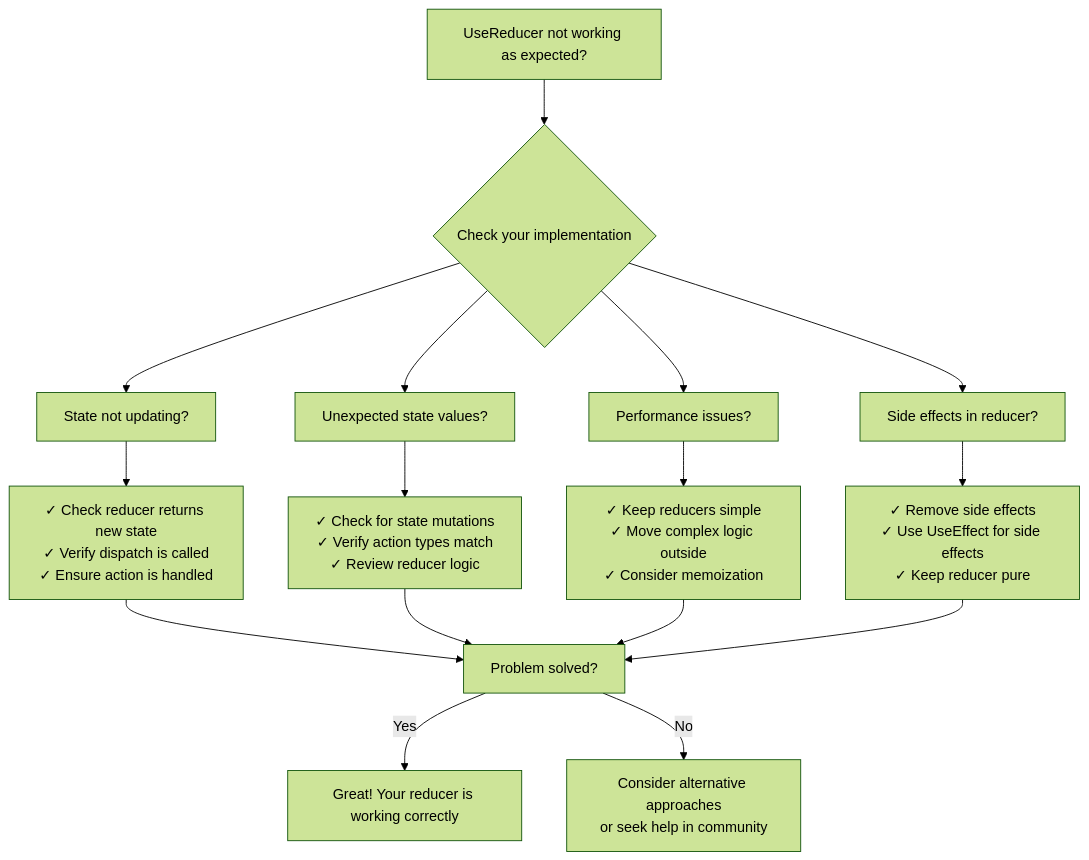
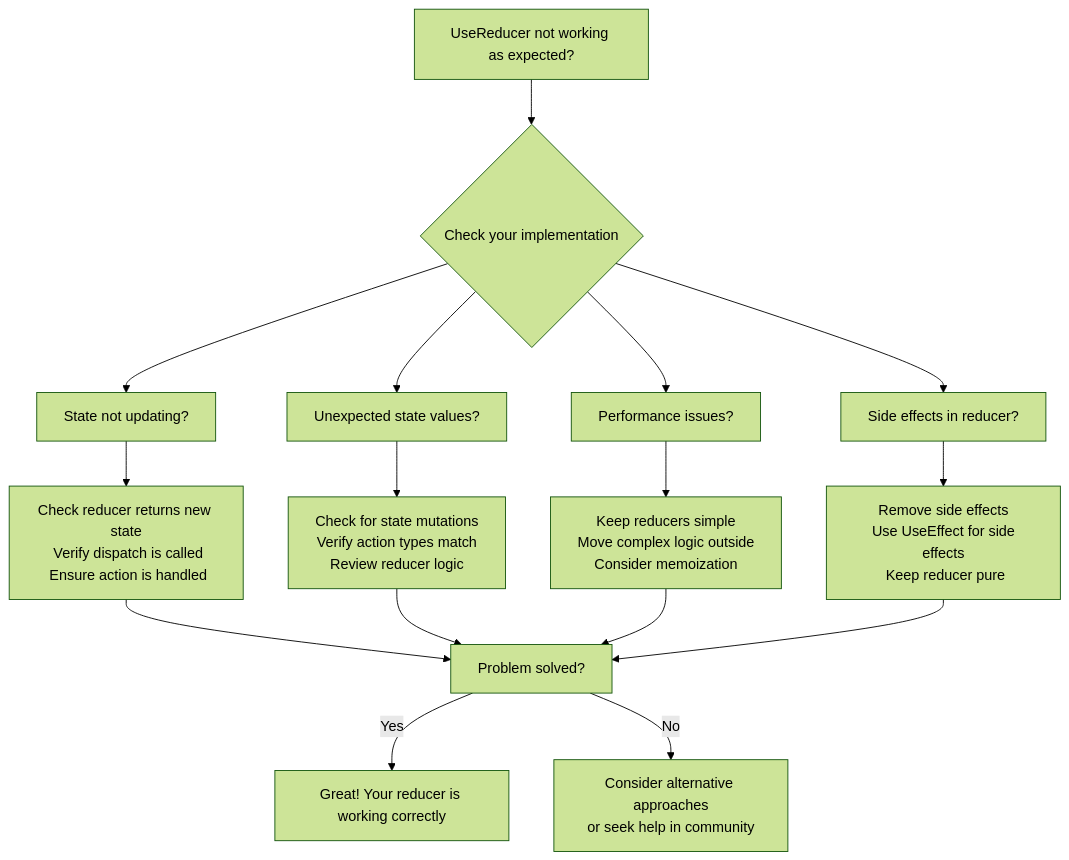
The third of 3 diagrams in Ivy.Docs.Shared/Docs/04_Hooks/07_Reducer.md (Ivy-Interactive/Ivy-Framework), drawn with Mermaid (forest theme) before and after one commit. The commit also changed 3 other files, not shown here.

````diff
--- a/Ivy.Docs.Shared/Docs/04_Hooks/07_Reducer.md
+++ b/Ivy.Docs.Shared/Docs/04_Hooks/07_Reducer.md
@@ -370,22 +370,22 @@
 ```mermaid
 flowchart TD
     A["UseReducer not working as expected?"] --> B{Check your implementation}
     
     B --> C["State not updating?"]
     B --> D["Unexpected state values?"]
     B --> E["Performance issues?"]
     B --> F["Side effects in reducer?"]
     
-    C --> C1["✓ Check reducer returns new state<br/>✓ Verify dispatch is called<br/>✓ Ensure action is handled"]
-    D --> D1["✓ Check for state mutations<br/>✓ Verify action types match<br/>✓ Review reducer logic"]
-    E --> E1["✓ Keep reducers simple<br/>✓ Move complex logic outside<br/>✓ Consider memoization"]
-    F --> F1["✓ Remove side effects<br/>✓ Use UseEffect for side effects<br/>✓ Keep reducer pure"]
+    C --> C1["Check reducer returns new state<br/> Verify dispatch is called<br/> Ensure action is handled"]
+    D --> D1["Check for state mutations<br/> Verify action types match<br/> Review reducer logic"]
+    E --> E1["Keep reducers simple<br/> Move complex logic outside<br/> Consider memoization"]
+    F --> F1["Remove side effects<br/> Use UseEffect for side effects<br/> Keep reducer pure"]
     
     C1 --> G["Problem solved?"]
     D1 --> G
     E1 --> G
     F1 --> G
     
     G -->|Yes| H["Great! Your reducer is working correctly"]
     G -->|No| I["Consider alternative approaches<br/>or seek help in community"]
 ```
````
